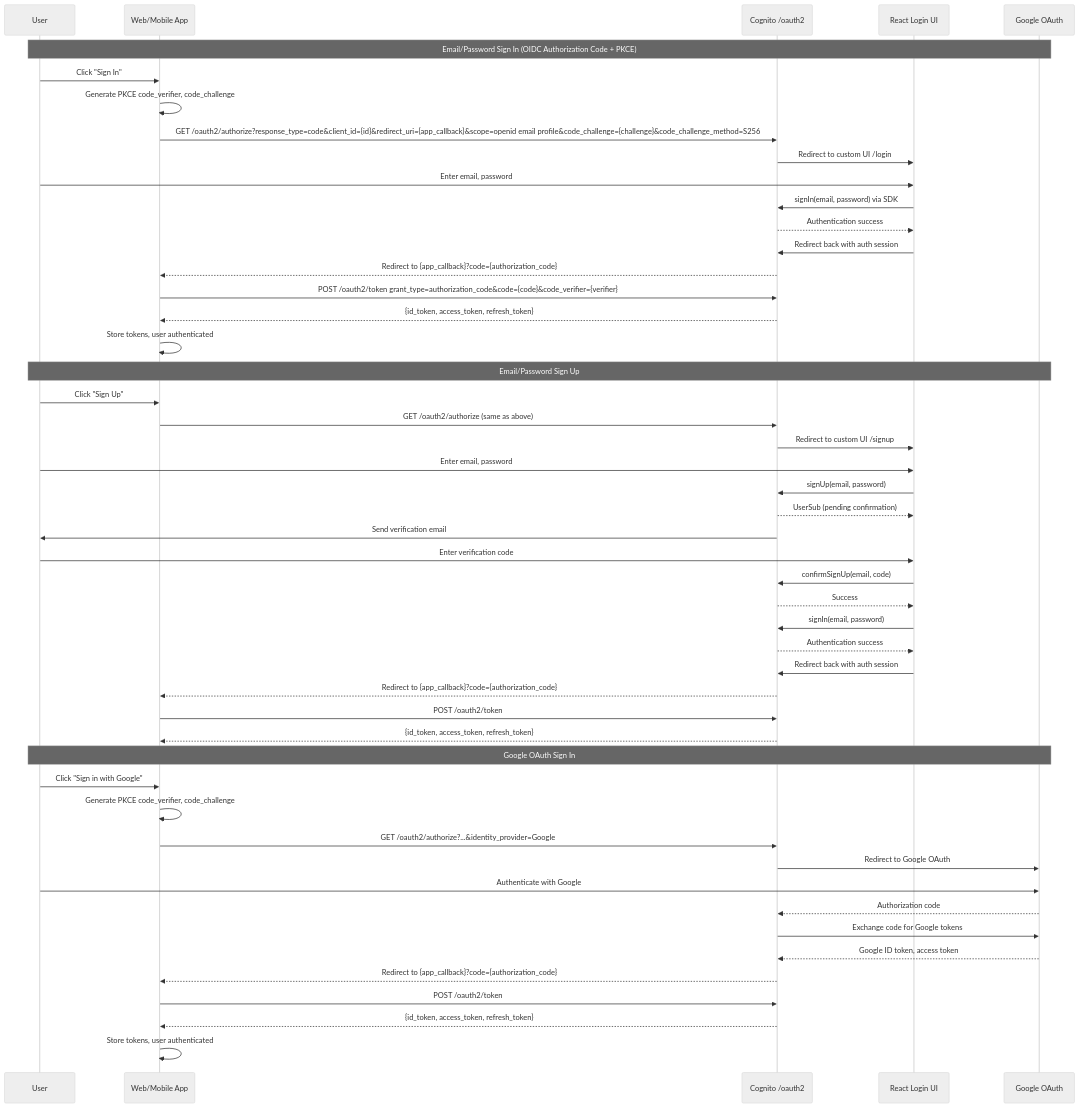
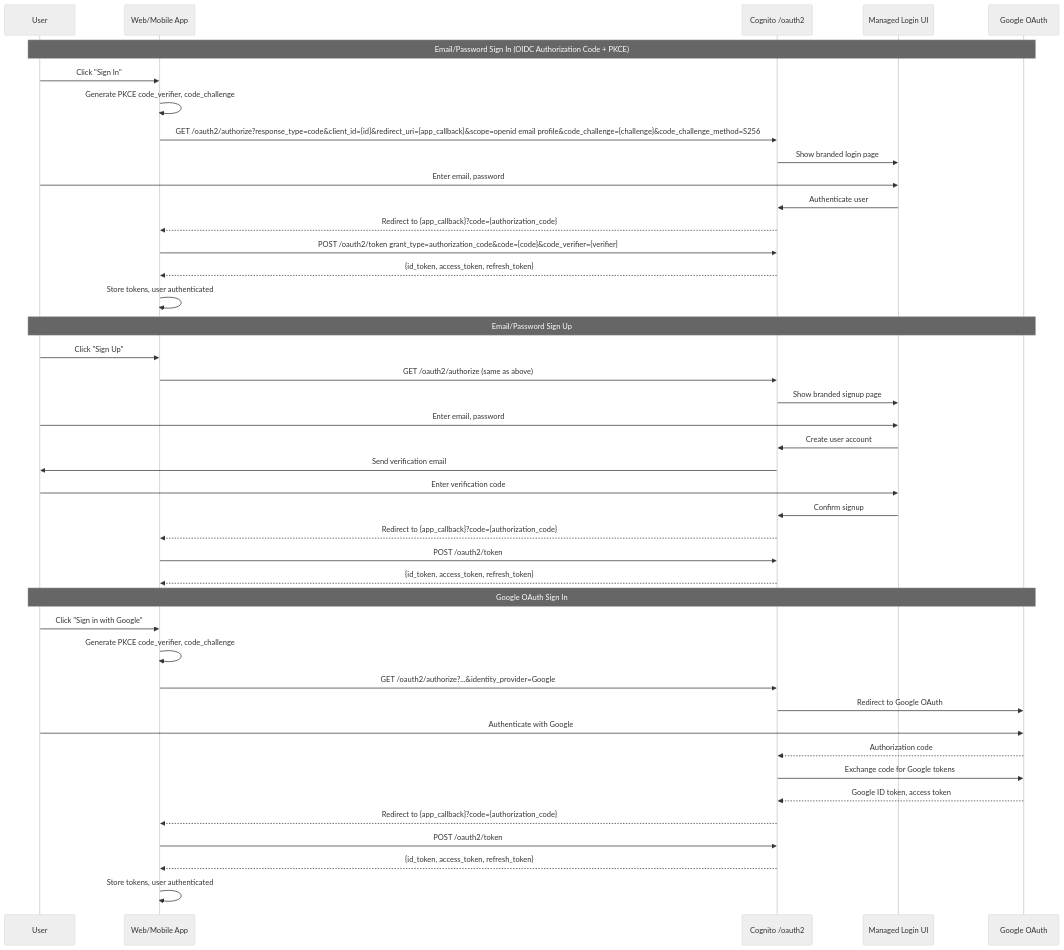
The second of 6 diagrams in .kiro/specs/thesafezone-idp/design.md (dumip/tsz-idp), drawn with Mermaid (neutral theme) before and after one commit. The commit also changed other lines of this file and 2 other files, not shown here.

Commit message:
Updated requirements to use managed login in AWS Cognito

````diff
--- a/.kiro/specs/thesafezone-idp/design.md
+++ b/.kiro/specs/thesafezone-idp/design.md
@@ -112,54 +100,47 @@
 ```mermaid
 sequenceDiagram
     participant User
     participant App as Web/Mobile App
     participant Cognito as Cognito /oauth2
-    participant LoginUI as React Login UI
+    participant ManagedLogin as Managed Login UI
     participant Google as Google OAuth
 
     Note over User,Google: Email/Password Sign In (OIDC Authorization Code + PKCE)
     User->>App: Click "Sign In"
     App->>App: Generate PKCE code_verifier, code_challenge
     App->>Cognito: GET /oauth2/authorize?response_type=code&client_id={id}&redirect_uri={app_callback}&scope=openid email profile&code_challenge={challenge}&code_challenge_method=S256
-    Cognito->>LoginUI: Redirect to custom UI /login
-    User->>LoginUI: Enter email, password
-    LoginUI->>Cognito: signIn(email, password) via SDK
-    Cognito-->>LoginUI: Authentication success
-    LoginUI->>Cognito: Redirect back with auth session
+    Cognito->>ManagedLogin: Show branded login page
+    User->>ManagedLogin: Enter email, password
+    ManagedLogin->>Cognito: Authenticate user
     Cognito-->>App: Redirect to {app_callback}?code={authorization_code}
     App->>Cognito: POST /oauth2/token grant_type=authorization_code&code={code}&code_verifier={verifier}
     Cognito-->>App: {id_token, access_token, refresh_token}
     App->>App: Store tokens, user authenticated
 
     Note over User,Google: Email/Password Sign Up
     User->>App: Click "Sign Up"
     App->>Cognito: GET /oauth2/authorize (same as above)
-    Cognito->>LoginUI: Redirect to custom UI /signup
-    User->>LoginUI: Enter email, password
-    LoginUI->>Cognito: signUp(email, password)
-    Cognito-->>LoginUI: UserSub (pending confirmation)
+    Cognito->>ManagedLogin: Show branded signup page
+    User->>ManagedLogin: Enter email, password
+    ManagedLogin->>Cognito: Create user account
     Cognito->>User: Send verification email
-    User->>LoginUI: Enter verification code
-    LoginUI->>Cognito: confirmSignUp(email, code)
-    Cognito-->>LoginUI: Success
-    LoginUI->>Cognito: signIn(email, password)
-    Cognito-->>LoginUI: Authentication success
-    LoginUI->>Cognito: Redirect back with auth session
+    User->>ManagedLogin: Enter verification code
+    ManagedLogin->>Cognito: Confirm signup
     Cognito-->>App: Redirect to {app_callback}?code={authorization_code}
     App->>Cognito: POST /oauth2/token
     Cognito-->>App: {id_token, access_token, refresh_token}
 
     Note over User,Google: Google OAuth Sign In
     User->>App: Click "Sign in with Google"
     App->>App: Generate PKCE code_verifier, code_challenge
     App->>Cognito: GET /oauth2/authorize?...&identity_provider=Google
     Cognito->>Google: Redirect to Google OAuth
     User->>Google: Authenticate with Google
     Google-->>Cognito: Authorization code
     Cognito->>Google: Exchange code for Google tokens
     Google-->>Cognito: Google ID token, access token
     Cognito-->>App: Redirect to {app_callback}?code={authorization_code}
     App->>Cognito: POST /oauth2/token
     Cognito-->>App: {id_token, access_token, refresh_token}
     App->>App: Store tokens, user authenticated
 ```
````
